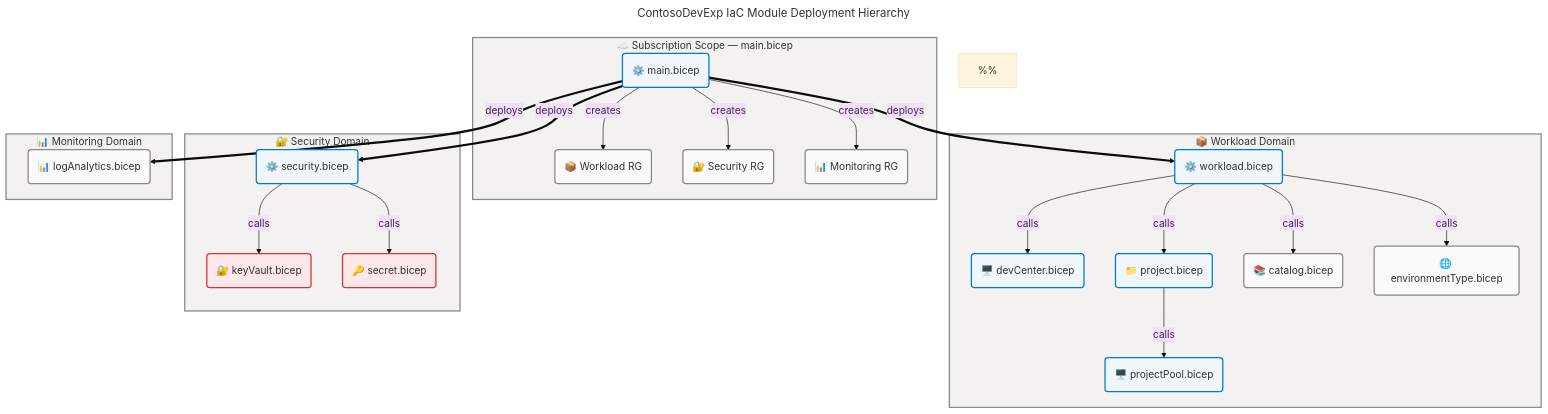
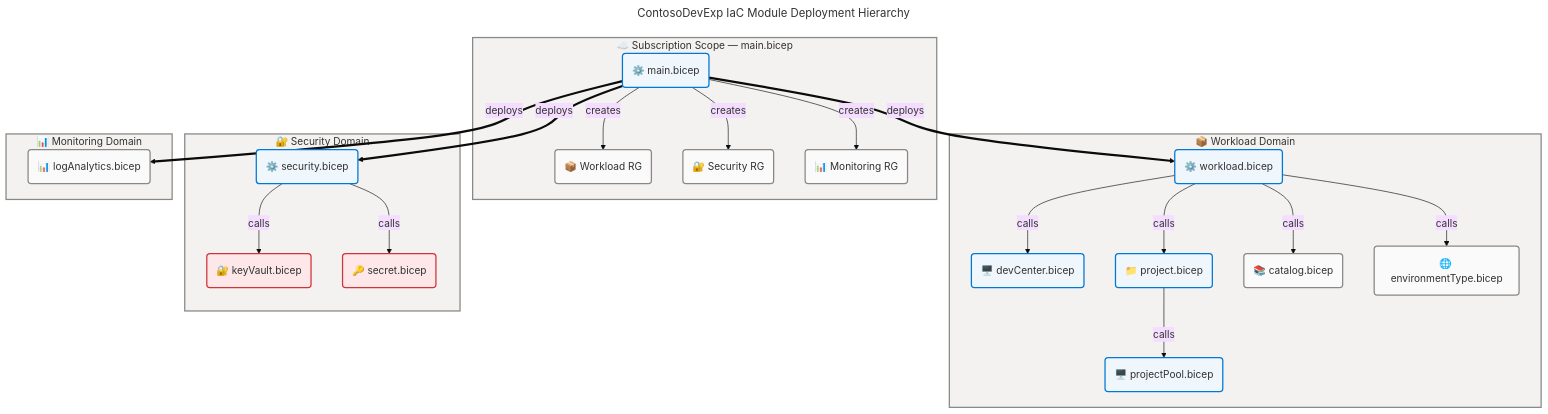
Before and after one commit to Evilazaro/DevExp-DevBox: the second of 5 diagrams in docs/architecture/app-arch.md, drawn with Mermaid. The commit also changed other lines of this file, not shown here.

Commit message:
Remove redundant comments related to Azure Fluent Architecture Pattern from app-arch.md

````diff
--- a/docs/architecture/app-arch.md
+++ b/docs/architecture/app-arch.md
@@ -584,80 +573,69 @@
 ```mermaid
 ---
 title: ContosoDevExp IaC Module Deployment Hierarchy
 config:
   theme: base
   look: classic
   layout: dagre
   themeVariables:
     fontSize: '16px'
   flowchart:
     htmlLabels: true
 ---
 flowchart TB
     accTitle: ContosoDevExp IaC Module Deployment Hierarchy
     accDescr: Infrastructure as Code module dependency and deployment flow for the ContosoDevExp DevExp-DevBox platform, showing main.bicep at subscription scope orchestrating workload, security, and monitoring module deployments. mainBicep=core, workloadMod=core, securityMod=core, logAnalyticsMod=neutral, devCenterMod=core, projectMod=core, poolMod=core, catalogMod=neutral, envTypeMod=neutral, keyVaultMod=danger, secretMod=danger, workloadRG=neutral, securityRG=neutral, monitoringRG=neutral. WCAG AA compliant.
-
-    %%
-    %% AZURE / FLUENT ARCHITECTURE PATTERN v2.0
-    %% (Semantic + Structural + Font + Accessibility Governance)
-    %%
-    %% PHASE 1 - FLUENT UI: All styling uses approved Fluent UI palette only
-    %% PHASE 2 - GROUPS: Every subgraph has semantic color via style directive
-    %% PHASE 3 - COMPONENTS: Every node has semantic classDef + icon prefix
-    %% PHASE 4 - ACCESSIBILITY: accTitle/accDescr present, WCAG AA contrast
-    %% PHASE 5 - STANDARD: Governance block present, classDefs centralized
-    %%
 
     subgraph subscriptionScope["☁️ Subscription Scope — main.bicep"]
         mainBicep("⚙️ main.bicep"):::core
         workloadRG("📦 Workload RG"):::neutral
         securityRG("🔐 Security RG"):::neutral
         monitoringRG("📊 Monitoring RG"):::neutral
     end
 
     subgraph workloadDomain["📦 Workload Domain"]
         workloadMod("⚙️ workload.bicep"):::core
         devCenterMod("🖥️ devCenter.bicep"):::core
         projectMod("📁 project.bicep"):::core
         poolMod("🖥️ projectPool.bicep"):::core
         catalogMod("📚 catalog.bicep"):::neutral
         envTypeMod("🌐 environmentType.bicep"):::neutral
     end
 
     subgraph securityDom["🔐 Security Domain"]
         securityMod("⚙️ security.bicep"):::core
         keyVaultMod("🔐 keyVault.bicep"):::danger
         secretMod("🔑 secret.bicep"):::danger
     end
 
     subgraph monitoringDom["📊 Monitoring Domain"]
         logAnalyticsMod("📊 logAnalytics.bicep"):::neutral
     end
 
     mainBicep -->|"creates"| workloadRG
     mainBicep -->|"creates"| securityRG
     mainBicep -->|"creates"| monitoringRG
     mainBicep ==>|"deploys"| workloadMod
     mainBicep ==>|"deploys"| securityMod
     mainBicep ==>|"deploys"| logAnalyticsMod
     workloadMod -->|"calls"| devCenterMod
     workloadMod -->|"calls"| projectMod
     workloadMod -->|"calls"| catalogMod
     workloadMod -->|"calls"| envTypeMod
     projectMod -->|"calls"| poolMod
     securityMod -->|"calls"| keyVaultMod
     securityMod -->|"calls"| secretMod
 
     %% Centralized classDefs
     classDef core fill:#EFF6FC,stroke:#0078D4,stroke-width:2px,color:#323130
     classDef success fill:#DFF6DD,stroke:#107C10,stroke-width:2px,color:#323130
     classDef warning fill:#FFF4CE,stroke:#FFB900,stroke-width:2px,color:#323130
     classDef danger fill:#FDE7E9,stroke:#D13438,stroke-width:2px,color:#323130
     classDef neutral fill:#FAFAFA,stroke:#8A8886,stroke-width:2px,color:#323130
 
     %% Subgraph style directives (4 subgraphs = 4 style directives)
     style subscriptionScope fill:#F3F2F1,stroke:#8A8886,stroke-width:2px,color:#323130
     style workloadDomain fill:#F3F2F1,stroke:#8A8886,stroke-width:2px,color:#323130
     style securityDom fill:#F3F2F1,stroke:#8A8886,stroke-width:2px,color:#323130
     style monitoringDom fill:#F3F2F1,stroke:#8A8886,stroke-width:2px,color:#323130
 ```
````
